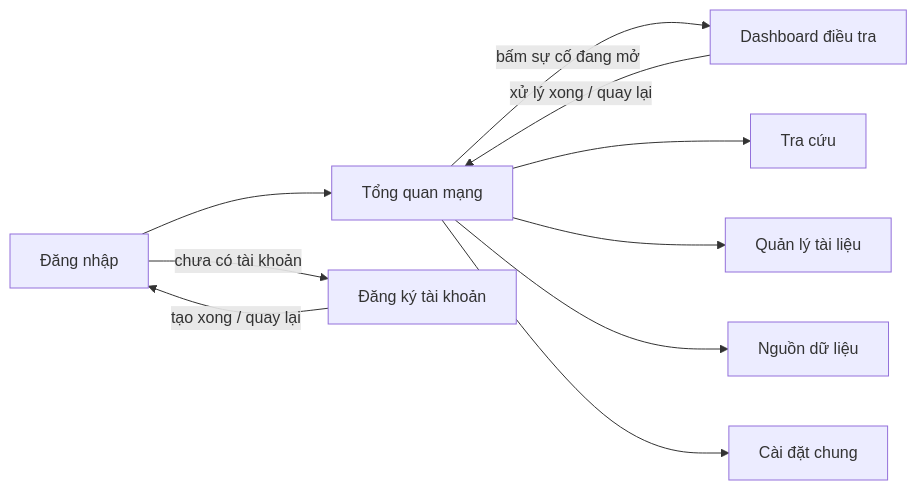
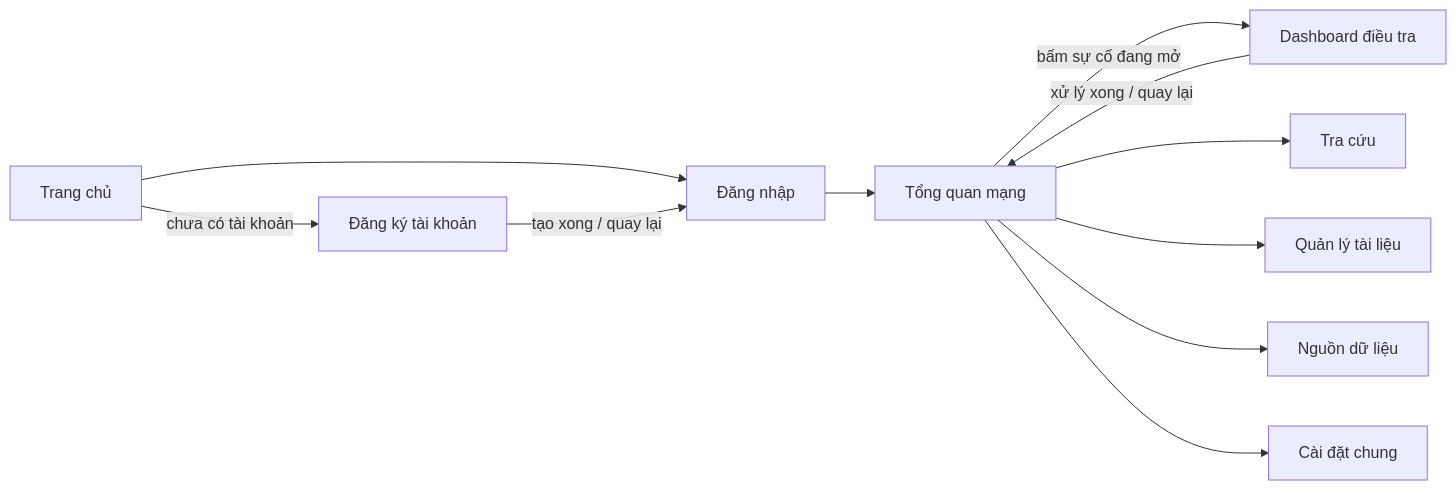
The diagram in docs/week04-ui-ux-design/app-pages.md (RainAllDay-vn/graduation-project), drawn with Mermaid before and after one commit. The commit also changed other lines of this file and 9 other files, not shown here.

````diff
--- a/docs/week04-ui-ux-design/app-pages.md
+++ b/docs/week04-ui-ux-design/app-pages.md
@@ -30,12 +31,13 @@
 ```mermaid
 flowchart LR
-    LOGIN[Đăng nhập] --> OV[Tổng quan mạng]
-    LOGIN -->|chưa có tài khoản| SIGNUP[Đăng ký tài khoản]
+    LAND[Trang chủ] --> LOGIN[Đăng nhập]
+    LAND -->|chưa có tài khoản| SIGNUP[Đăng ký tài khoản]
+    LOGIN --> OV[Tổng quan mạng]
     SIGNUP -->|tạo xong / quay lại| LOGIN
     OV -->|bấm sự cố đang mở| DASH[Dashboard điều tra]
     DASH -->|xử lý xong / quay lại| OV
     OV --> TC[Tra cứu]
     OV --> DOCS[Quản lý tài liệu]
     OV --> SRC[Nguồn dữ liệu]
     OV --> SET[Cài đặt chung]
 ```
````
